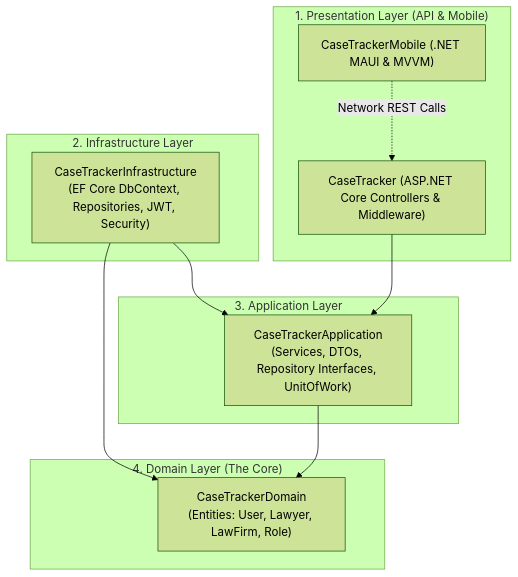
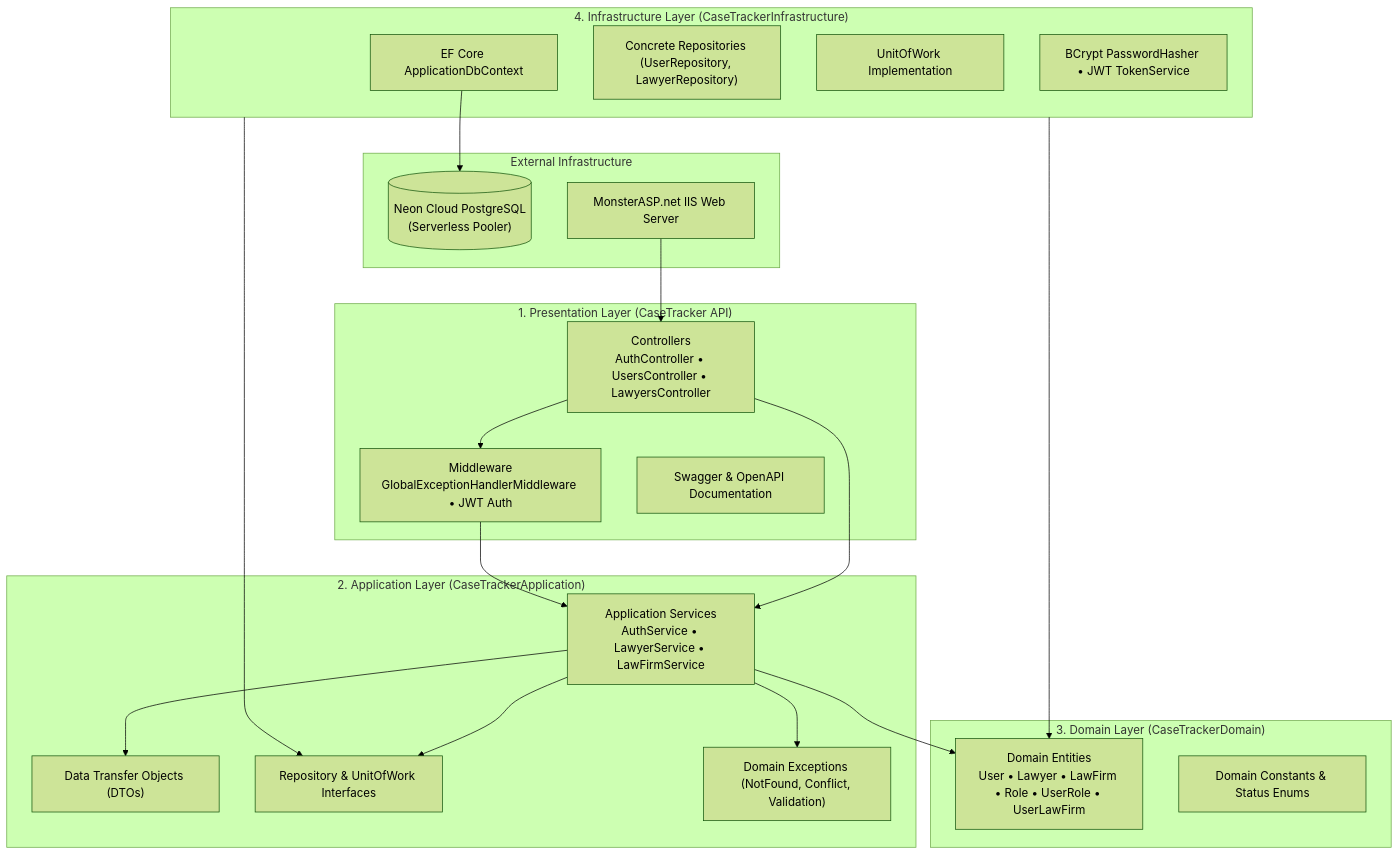
Before and after one commit to Our-Products/CaseTracker: the first of 2 diagrams in Documents/architecture/01_system_architecture.md, drawn with Mermaid (forest theme). The commit also changed other lines of this file and 16 other files, not shown here.

````diff
--- a/Documents/architecture/01_system_architecture.md
+++ b/Documents/architecture/01_system_architecture.md
@@ -17,25 +19,44 @@
 ```mermaid
 graph TD
-    subgraph Layer4 ["1. Presentation Layer (API & Mobile)"]
-        API["CaseTracker (ASP.NET Core Controllers & Middleware)"]
-        Mobile["CaseTrackerMobile (.NET MAUI & MVVM)"]
+    subgraph PresentationLayer ["1. Presentation Layer (CaseTracker API)"]
+        API["Controllers<br/>AuthController • UsersController • LawyersController"]
+        Middleware["Middleware<br/>GlobalExceptionHandlerMiddleware • JWT Auth"]
+        Swagger["Swagger & OpenAPI Documentation"]
     end
 
-    subgraph Layer3 ["2. Infrastructure Layer"]
-        Infra["CaseTrackerInfrastructure<br/>(EF Core DbContext, Repositories, JWT, Security)"]
+    subgraph ApplicationLayer ["2. Application Layer (CaseTrackerApplication)"]
+        AppServices["Application Services<br/>AuthService • LawyerService • LawFirmService"]
+        DTOs["Data Transfer Objects (DTOs)"]
+        Interfaces["Repository & UnitOfWork Interfaces"]
+        Exceptions["Domain Exceptions (NotFound, Conflict, Validation)"]
     end
 
-    subgraph Layer2 ["3. Application Layer"]
-        App["CaseTrackerApplication<br/>(Services, DTOs, Repository Interfaces, UnitOfWork)"]
+    subgraph DomainLayer ["3. Domain Layer (CaseTrackerDomain)"]
+        DomainEntities["Domain Entities<br/>User • Lawyer • LawFirm • Role • UserRole • UserLawFirm"]
+        Enums["Domain Constants & Status Enums"]
     end
 
-    subgraph Layer1 ["4. Domain Layer (The Core)"]
-        Domain["CaseTrackerDomain<br/>(Entities: User, Lawyer, LawFirm, Role)"]
+    subgraph InfrastructureLayer ["4. Infrastructure Layer (CaseTrackerInfrastructure)"]
+        DbContext["EF Core ApplicationDbContext"]
+        Repos["Concrete Repositories (UserRepository, LawyerRepository)"]
+        UoW["UnitOfWork Implementation"]
+        Security["BCrypt PasswordHasher • JWT TokenService"]
     end
 
-    API --> App
-    Mobile -.->|Network REST Calls| API
-    Infra --> App
-    Infra --> Domain
-    App --> Domain
+    subgraph ExternalServices ["External Infrastructure"]
+        Postgres[("Neon Cloud PostgreSQL<br/>(Serverless Pooler)")]
+        IIS["MonsterASP.net IIS Web Server"]
+    end
+
+    API --> AppServices
+    API --> Middleware
+    Middleware --> AppServices
+    AppServices --> DomainEntities
+    AppServices --> Interfaces
+    AppServices --> DTOs
+    AppServices --> Exceptions
+    InfrastructureLayer --> Interfaces
+    InfrastructureLayer --> DomainEntities
+    DbContext --> Postgres
+    IIS --> API
 ```
````
